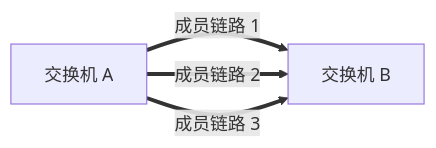
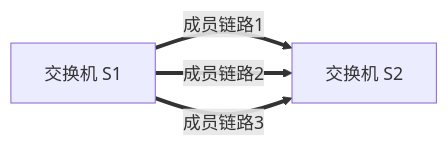
The third of 3 diagrams in 01_综合知识/01_计算机系统基础知识/03_计算机网络/04_局域网与二层技术/STP与链路聚合.md (74262195/system-architect-notes), drawn with Mermaid before and after one commit. The commit also changed other lines of this file, not shown here.

````diff
--- a/01_综合知识/01_计算机系统基础知识/03_计算机网络/04_局域网与二层技术/STP与链路聚合.md
+++ b/01_综合知识/01_计算机系统基础知识/03_计算机网络/04_局域网与二层技术/STP与链路聚合.md
@@ -77,6 +125,6 @@
 ```mermaid
 flowchart LR
-  A[交换机 A] ==>|成员链路 1| B[交换机 B]
-  A ==>|成员链路 2| B
-  A ==>|成员链路 3| B
+    S1[交换机 S1] ==>|成员链路1| S2[交换机 S2]
+    S1 ==>|成员链路2| S2
+    S1 ==>|成员链路3| S2
 ```
````
